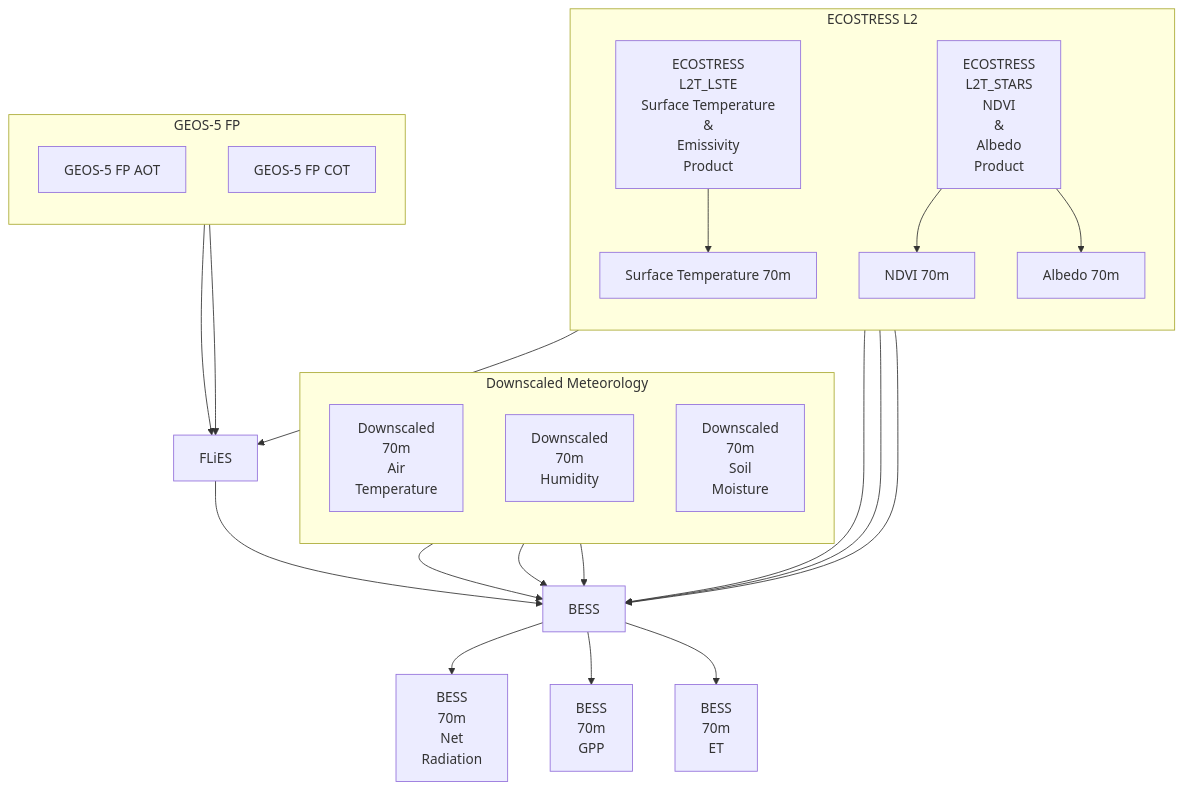
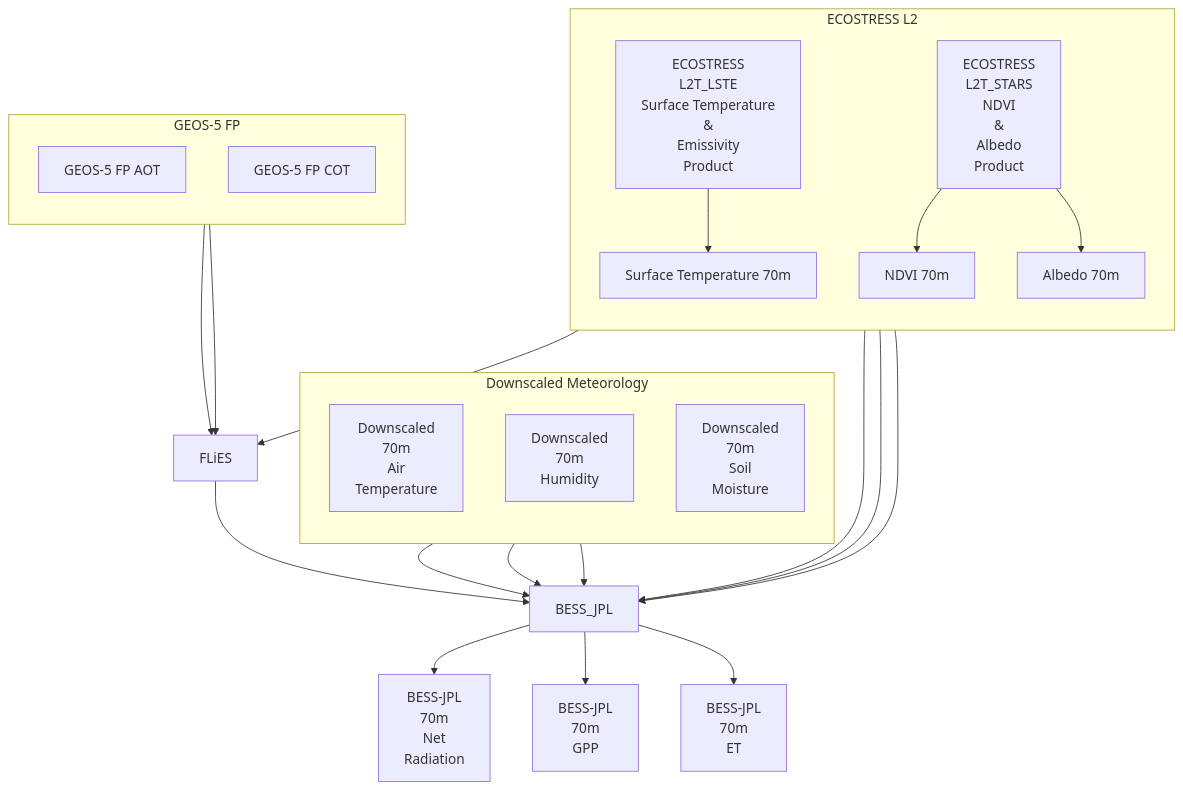
Before and after one commit to gregory-halverson/ECOv003-L3T-L4T-JET: the second of 2 diagrams in README.md, drawn with Mermaid. The commit also changed other lines of this file, not shown here.

Commit message:
re-branded model names for JPL adaptations

````diff
--- a/README.md
+++ b/README.md
@@ -224,47 +224,47 @@
 ```mermaid
 flowchart TB
     subgraph ECO_L2[ECOSTRESS L2]
         direction TB
         ECO_L2T_STARS[ECOSTRESS<br>L2T_STARS<br>NDVI<br>&<br>Albedo<br>Product]
         ECO_L2T_LSTE[ECOSTRESS<br>L2T_LSTE<br>Surface Temperature<br>&<br>Emissivity<br>Product]
         ST[Surface Temperature 70m]
         NDVI[NDVI 70m]
         albedo[Albedo 70m]
         ECO_L2T_LSTE --> ST
         ECO_L2T_STARS --> NDVI
         ECO_L2T_STARS --> albedo
     end
 
     subgraph downscaled_meteorology[Downscaled Meteorology]
         direction TB
         downscaled_Ta[Downscaled<br>70m<br>Air<br>Temperature]
         downscaled_RH[Downscaled<br>70m<br>Humidity]
         downscaled_SM[Downscaled<br>70m<br>Soil<br>Moisture]
     end
 
     subgraph GEOS5FP[GEOS-5 FP]
         direction TB
         GEOS5FP_AOT[GEOS-5 FP AOT]
         GEOS5FP_COT[GEOS-5 FP COT]
     end
 
-    BESS_Rn[BESS<br>70m<br>Net<br>Radiation]
-    BESS_GPP[BESS<br>70m<br>GPP]
-    BESS_ET[BESS<br>70m<br>ET]
+    BESS_JPL_Rn[BESS-JPL<br>70m<br>Net<br>Radiation]
+    BESS_JPL_GPP[BESS-JPL<br>70m<br>GPP]
+    BESS_JPL_ET[BESS-JPL<br>70m<br>ET]
 
     GEOS5FP_AOT --> FLiES
     GEOS5FP_COT --> FLiES
     albedo --> FLiES
     
-    FLiES --> BESS
-    ST --> BESS
-    NDVI --> BESS
-    albedo --> BESS
-    downscaled_Ta --> BESS
-    downscaled_RH --> BESS
-    downscaled_SM --> BESS
+    FLiES --> BESS_JPL
+    ST --> BESS_JPL
+    NDVI --> BESS_JPL
+    albedo --> BESS_JPL
+    downscaled_Ta --> BESS_JPL
+    downscaled_RH --> BESS_JPL
+    downscaled_SM --> BESS_JPL
 
-    BESS --> BESS_Rn
-    BESS --> BESS_GPP
-    BESS --> BESS_ET
+    BESS_JPL --> BESS_JPL_Rn
+    BESS_JPL --> BESS_JPL_GPP
+    BESS_JPL --> BESS_JPL_ET
 ```
````
